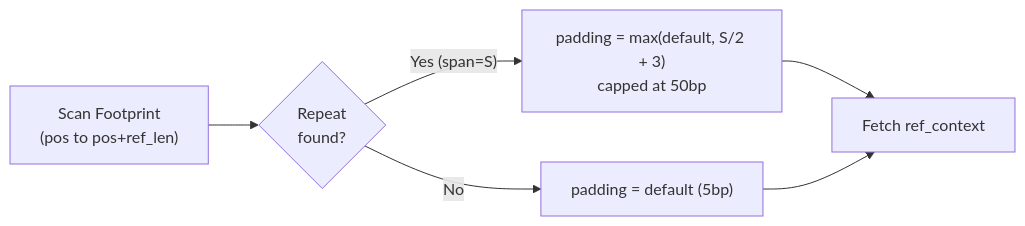
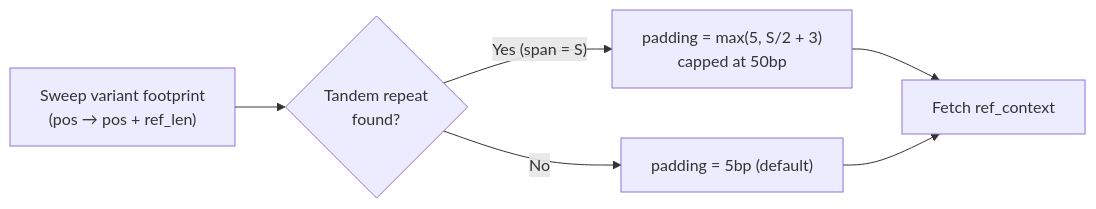
The third of 5 diagrams in docs/reference/variant-normalization.md (msk-access/gbcms), drawn with Mermaid before and after one commit. The commit also changed other lines of this file and 9 other files, not shown here.

````diff
--- a/docs/reference/variant-normalization.md
+++ b/docs/reference/variant-normalization.md
@@ -125,8 +129,8 @@
 ```mermaid
 flowchart LR
-    Scan["Scan Footprint\n(pos to pos+ref_len)"] --> Detect{"Repeat\nfound?"}
-    Detect -- "Yes (span=S)" --> Formula["padding = max(default, S/2 + 3)\ncapped at 50bp"]
-    Detect -- "No" --> Default["padding = default (5bp)"]
+    SweepFootprint["Sweep variant footprint\n(pos → pos + ref_len)"] --> RepFound{"Tandem repeat\nfound?"}
+    RepFound -->|"Yes (span = S)"| Formula["padding = max(5, S/2 + 3)\ncapped at 50bp"]
+    RepFound -->|"No"| Default["padding = 5bp (default)"]
     Formula --> Fetch["Fetch ref_context"]
     Default --> Fetch
 ```
````
